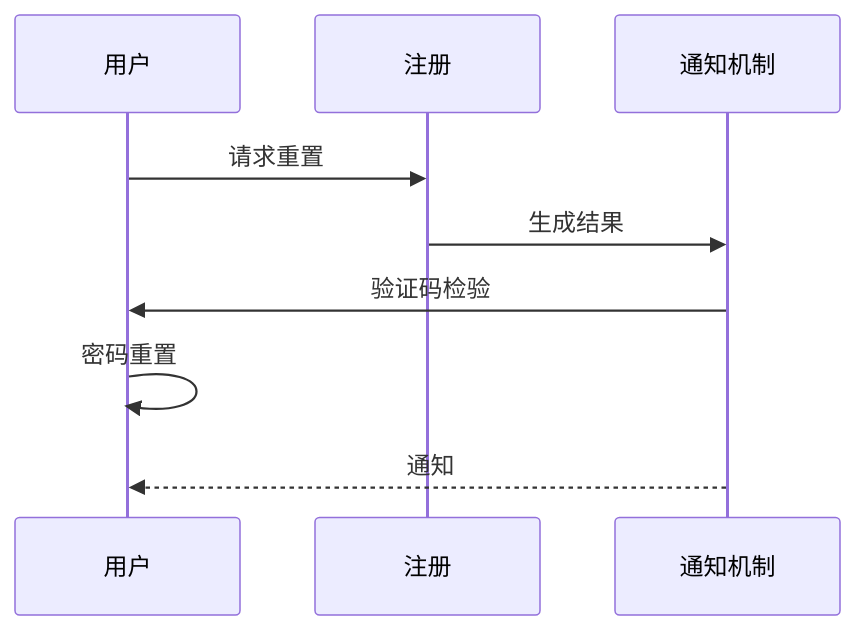
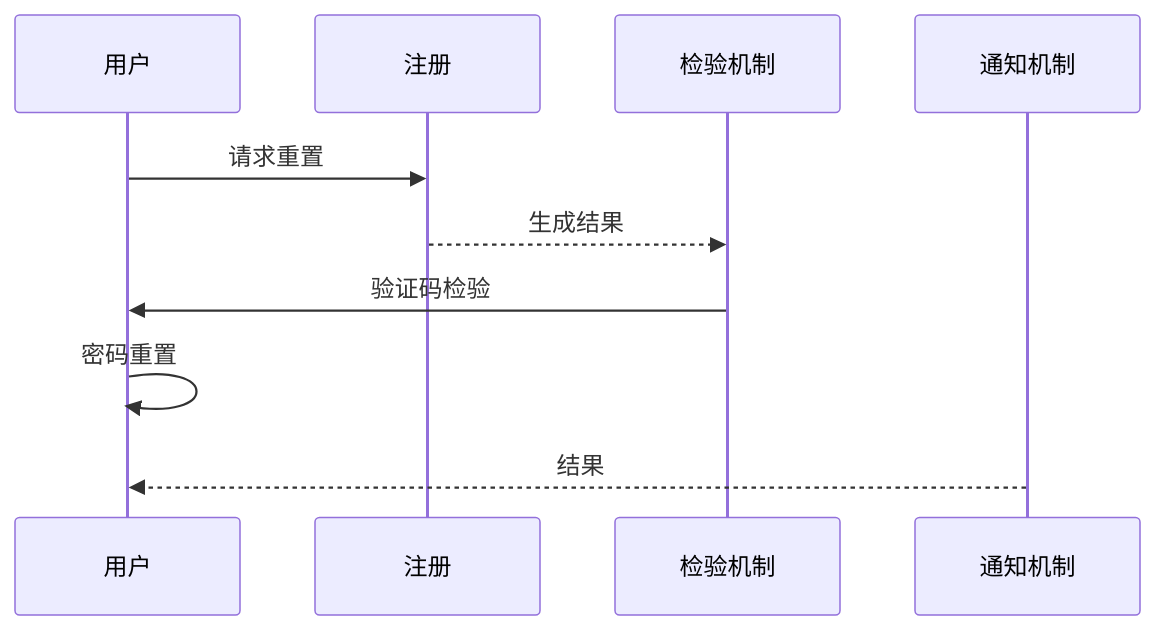
Before and after one commit to neomaclin/designdoc: diagram 11 of 22 in Readme.md, drawn with Mermaid. The commit also changed other lines of this file and 3 other files, not shown here.

````diff
--- a/Readme.md
+++ b/Readme.md
@@ -74,14 +177,15 @@
 ```mermaid
 
 sequenceDiagram
     participant u as 用户
     participant r as 注册
+    participant c as 检验机制
     participant n as 通知机制
 
     u ->> r: 请求重置
-    r ->> n: 生成结果
-    n->>u: 验证码检验
-    u->>u: 密码重置
-    n-->>u: 通知
+    r -->> c: 生成结果
+    c ->>u: 验证码检验
+    u ->>u: 密码重置
+    n -->>u: 结果
 
 ```
````
